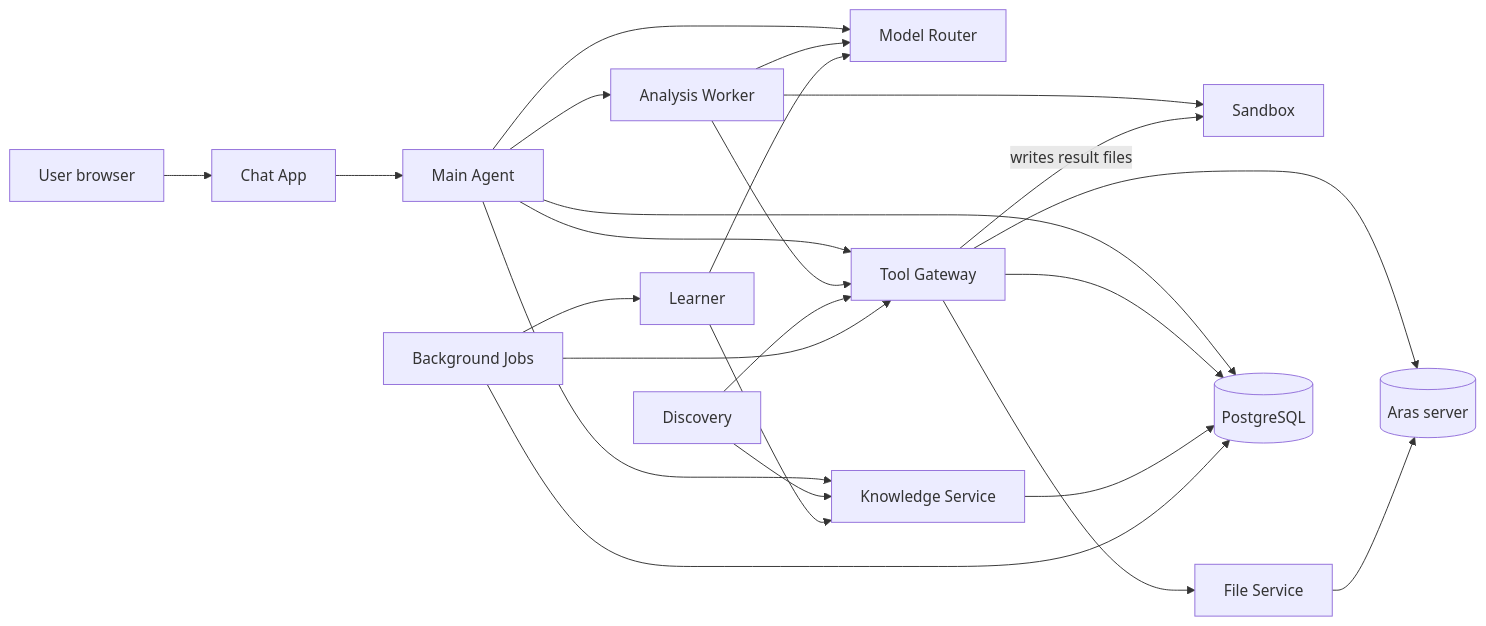
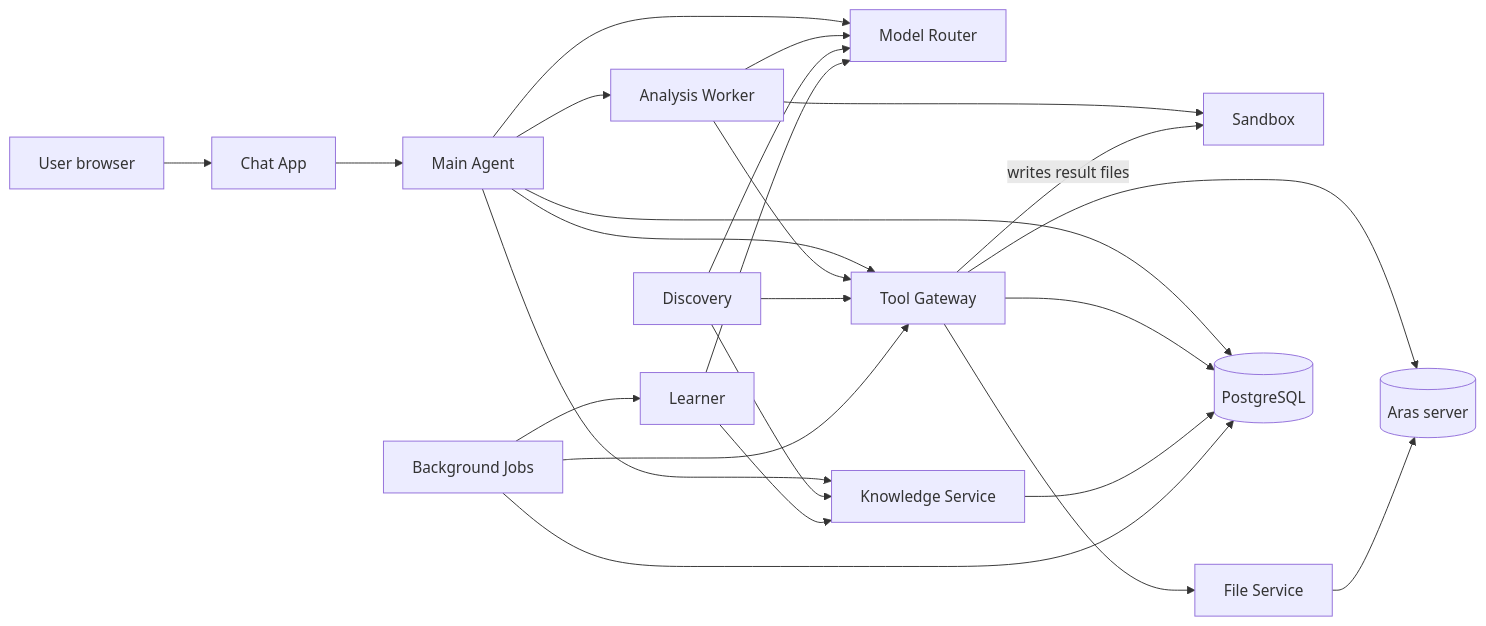
Before and after one commit to omkarbhale/aras-insight: the diagram in docs/specs/README.md, drawn with Mermaid. The commit also changed other lines of this file and 99 other files, not shown here.

````diff
--- a/docs/specs/README.md
+++ b/docs/specs/README.md
@@ -39,26 +40,27 @@
 ```mermaid
 flowchart LR
     U[User browser] --> CA[Chat App]
     CA --> MA[Main Agent]
     MA --> MR[Model Router]
     MA --> TG[Tool Gateway]
     MA --> KS[Knowledge Service]
     MA --> AW[Analysis Worker]
     AW --> MR
     AW --> TG
     AW --> SB[Sandbox]
     TG -->|writes result files| SB
     TG --> AR[(Aras server)]
     TG --> FS[File Service]
     FS --> AR
     DI[Discovery] --> TG
     DI --> KS
+    DI --> MR
     LE[Learner] --> KS
     LE --> MR
     BJ[Background Jobs] --> TG
     BJ --> LE
     MA --> DB[(PostgreSQL)]
     TG --> DB
     KS --> DB
     BJ --> DB
 ```
````
